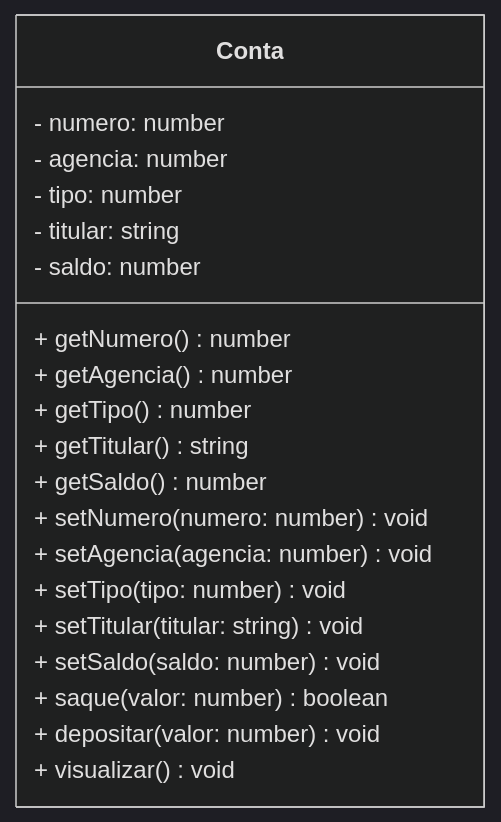
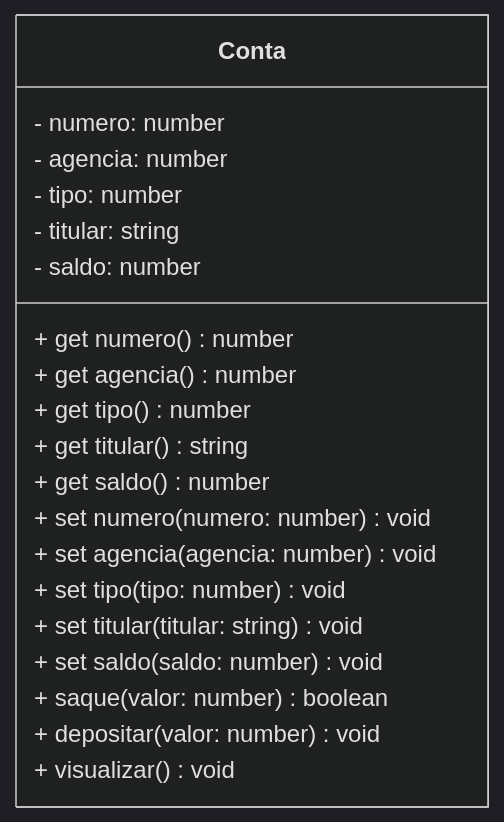
The diagram in 01_javascript/15.md (conteudoGeneration/cookbook_javascript), drawn with Mermaid (dark theme) before and after one commit. The commit also changed other lines of this file, not shown here.

````diff
--- a/01_javascript/15.md
+++ b/01_javascript/15.md
@@ -117,23 +186,23 @@
 ```mermaid
 classDiagram
 class Conta {
  - numero: number
  - agencia: number
  - tipo: number
  - titular: string
  - saldo: number
- + getNumero() number
- + getAgencia() number
- + getTipo() number
- + getTitular() string
- + getSaldo() number
- + setNumero(numero: number) void
- + setAgencia(agencia: number) void
- + setTipo(tipo: number) void
- + setTitular(titular: string) void
- + setSaldo(saldo: number) void
+ + get numero() number
+ + get agencia() number
+ + get tipo() number
+ + get titular() string
+ + get saldo() number
+ + set numero(numero: number) void
+ + set agencia(agencia: number) void
+ + set tipo(tipo: number) void
+ + set titular(titular: string) void
+ + set saldo(saldo: number) void
  + saque(valor: number) boolean
  + depositar(valor: number) void
  + visualizar() void
 }
 ```
````
